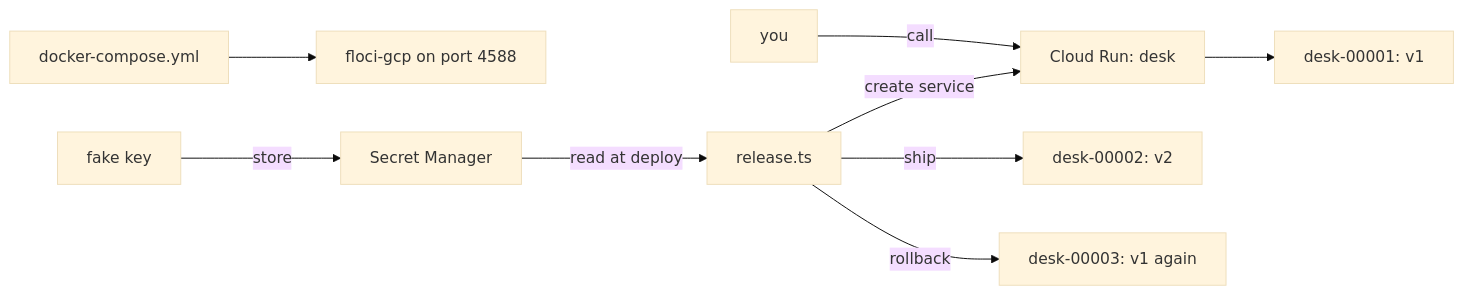
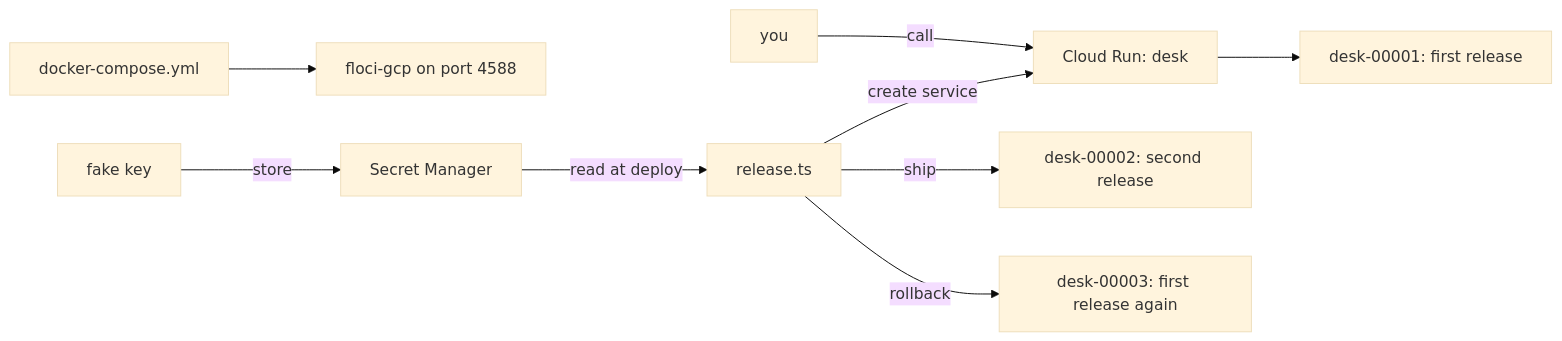
One commit to learnwithparam/agentic-deployment changed the diagram in parts/06-deploy-the-agent-to-cloud-run-with-floci-gcp/README.md. Above: the diagram before and after it, drawn with Mermaid (base theme). The commit also changed other lines of this file and 370 other files, not shown here.

````diff
--- a/parts/06-deploy-the-agent-to-cloud-run-with-floci-gcp/README.md
+++ b/parts/06-deploy-the-agent-to-cloud-run-with-floci-gcp/README.md
@@ -29,11 +20,11 @@
 ```mermaid
 flowchart LR
   C[docker-compose.yml] --> E[floci-gcp on port 4588]
   K[fake key] -->|store| SM[Secret Manager]
   SM -->|read at deploy| R[release.ts]
   R -->|create service| CR[Cloud Run: desk]
-  CR --> V1[desk-00001: v1]
-  R -->|ship| V2[desk-00002: v2]
-  R -->|rollback| V3[desk-00003: v1 again]
+  CR --> V1[desk-00001: first release]
+  R -->|ship| V2[desk-00002: second release]
+  R -->|rollback| V3[desk-00003: first release again]
   U[you] -->|call| CR
 ```
````
